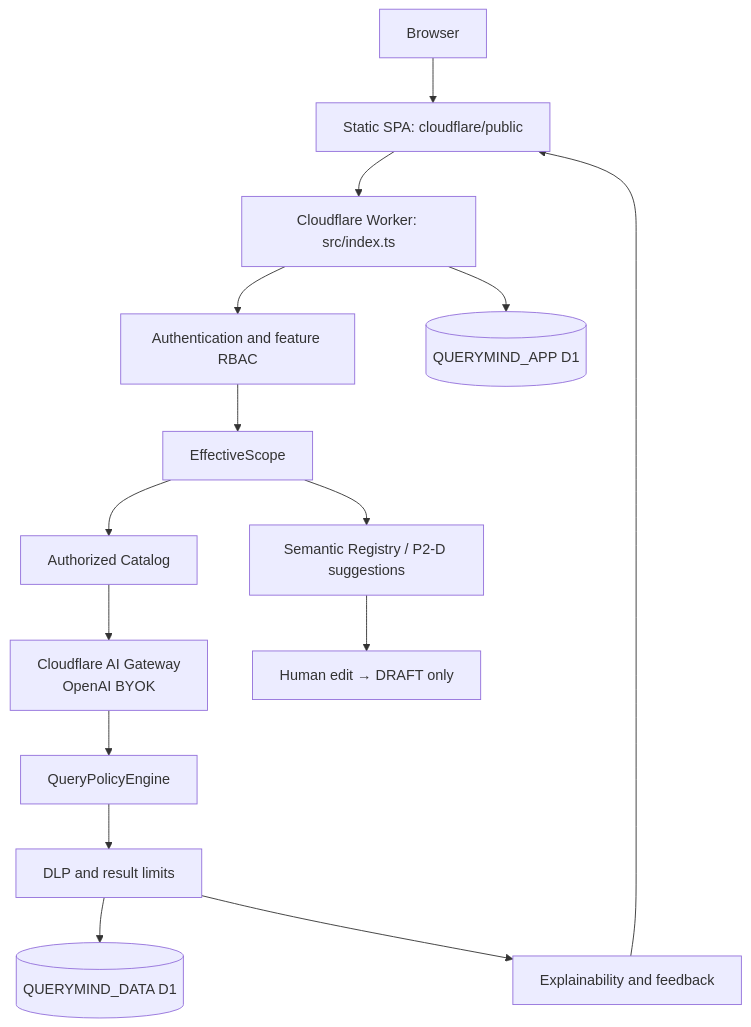
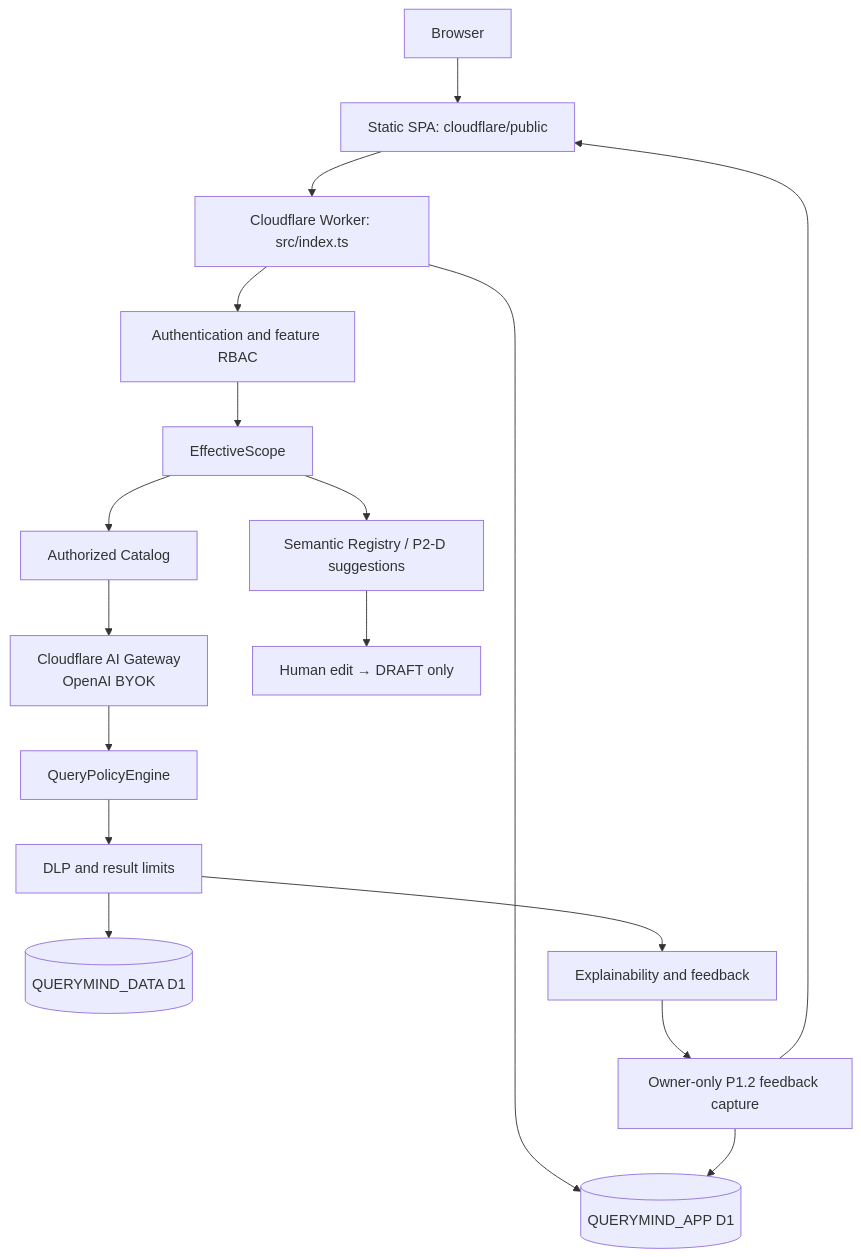
One commit to KenL-TW/querymind changed the diagram in docs/architecture/current-production.md. Above: the diagram before and after it, drawn with Mermaid. The commit also changed other lines of this file and 15 other files, not shown here.

````diff
--- a/docs/architecture/current-production.md
+++ b/docs/architecture/current-production.md
@@ -3,17 +3,19 @@
 ```mermaid
 flowchart TD
   B[Browser] --> SPA[Static SPA: cloudflare/public]
   SPA --> W[Cloudflare Worker: src/index.ts]
   W --> A[Authentication and feature RBAC]
   A --> S[EffectiveScope]
   S --> C[Authorized Catalog]
   C --> G[Cloudflare AI Gateway\nOpenAI BYOK]
   G --> P[QueryPolicyEngine]
   P --> D[DLP and result limits]
   D --> DATA[(QUERYMIND_DATA D1)]
   W --> APP[(QUERYMIND_APP D1)]
   D --> E[Explainability and feedback]
-  E --> SPA
+  E --> F[Owner-only P1.2 feedback capture]
+  F --> APP
+  F --> SPA
   S --> R[Semantic Registry / P2-D suggestions]
   R --> H[Human edit → DRAFT only]
 ```
````
